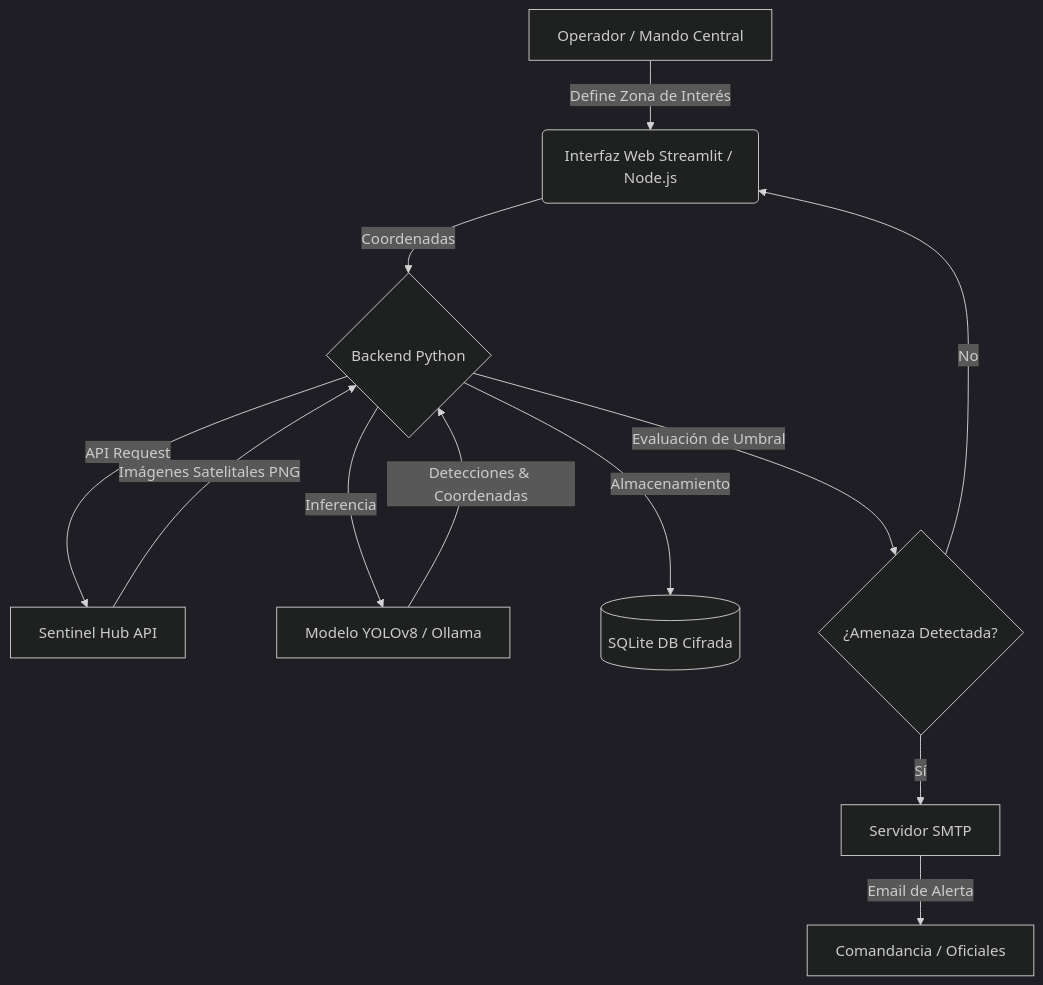
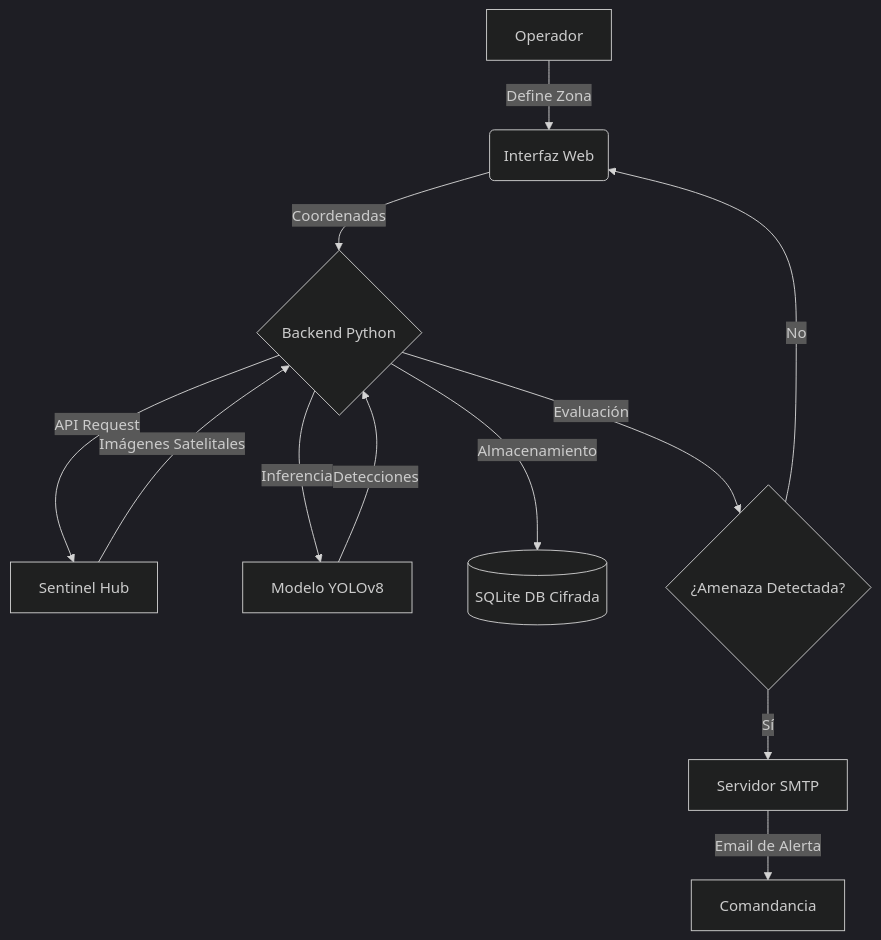
One commit to murdok1982/MonitoreoSatelitalMilitar changed the second of 3 diagrams in README.md. Above: the diagram before and after it, drawn with Mermaid (dark theme). The commit also changed other lines of this file, not shown here.

Commit message:
fix: corregir imagen y renderizado de diagramas mermaid

````diff
--- a/README.md
+++ b/README.md
@@ -61,14 +64,14 @@
 ```mermaid
 graph TD
-    A[Operador / Mando Central] -->|Define Zona de Interés| B(Interfaz Web Streamlit / Node.js)
+    A[Operador] -->|Define Zona| B(Interfaz Web)
     B -->|Coordenadas| C{Backend Python}
-    C -->|API Request| D[Sentinel Hub API]
-    D -->|Imágenes Satelitales PNG| C
-    C -->|Inferencia| E[Modelo YOLOv8 / Ollama]
-    E -->|Detecciones & Coordenadas| C
+    C -->|API Request| D[Sentinel Hub]
+    D -->|Imágenes Satelitales| C
+    C -->|Inferencia| E[Modelo YOLOv8]
+    E -->|Detecciones| C
     C -->|Almacenamiento| F[(SQLite DB Cifrada)]
-    C -->|Evaluación de Umbral| G{¿Amenaza Detectada?}
+    C -->|Evaluación| G{¿Amenaza Detectada?}
     G -->|Sí| H[Servidor SMTP]
-    H -->|Email de Alerta| I[Comandancia / Oficiales]
+    H -->|Email de Alerta| I[Comandancia]
     G -->|No| B
 ```
````
